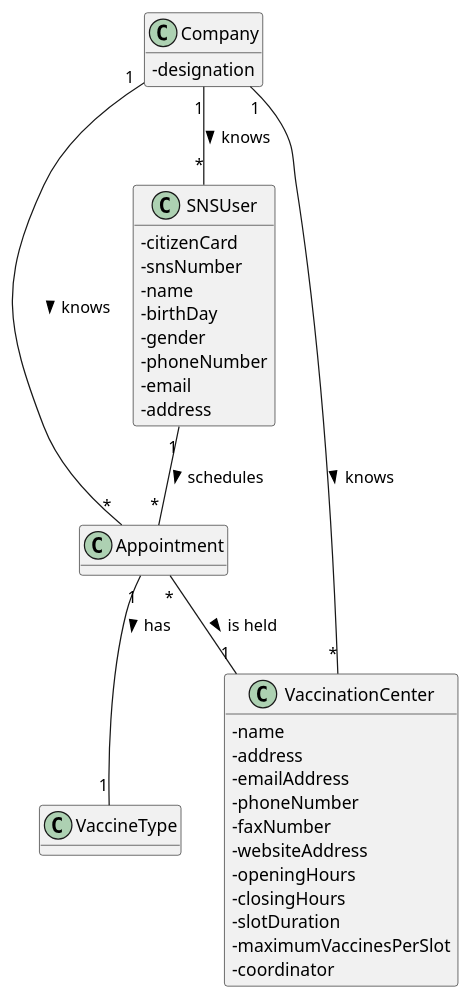
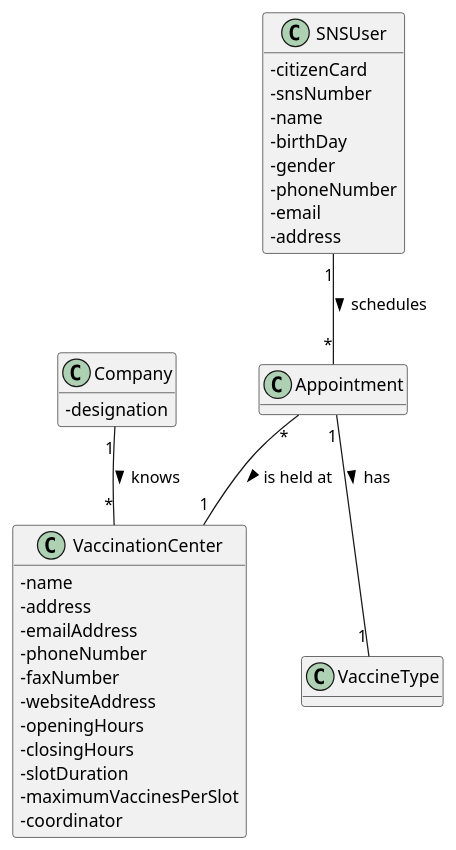
The diagram in docs/SprintC/US01/DM/US01_DM.puml (miseEnPlace-i/lapr2), drawn with PlantUML before and after one commit.

Commit message:
docs(us-01): updated dm

```diff
--- a/docs/SprintC/US01/DM/US01_DM.puml
+++ b/docs/SprintC/US01/DM/US01_DM.puml
@@ -1,45 +1,45 @@
 @startuml US01_DM
 hide methods
 skinparam classAttributeIconSize 0
 
 class Appointment {}
 
 class VaccineType {}
 
 class SNSUser {
   -citizenCard
   -snsNumber
   -name
   -birthDay
   -gender
   -phoneNumber
   -email
   -address
 }
 
 class VaccinationCenter{
   -name
   -address
   -emailAddress
   -phoneNumber
   -faxNumber
   -websiteAddress
   -openingHours  
   -closingHours
   -slotDuration
   -maximumVaccinesPerSlot
   -coordinator
 }
 
 class Company {
   -designation
 }
 
-Company "1" -- "*" Appointment : knows >
 Appointment "1"  -- "1" VaccineType : has >
-Appointment "*" -- "1" VaccinationCenter : is held >
+Appointment "*" -- "1" VaccinationCenter : is held at >
+
 Company "1" -- "*" VaccinationCenter : knows >
+
 SNSUser "1" -- "*" Appointment : schedules >
-Company "1" -- "*" SNSUser : knows >
 
 @enduml
```
